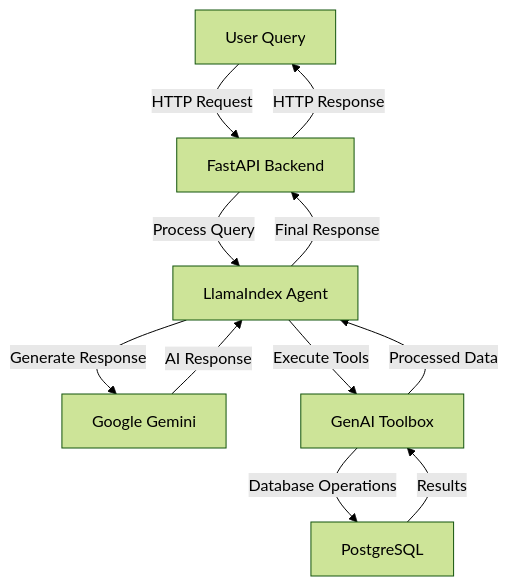
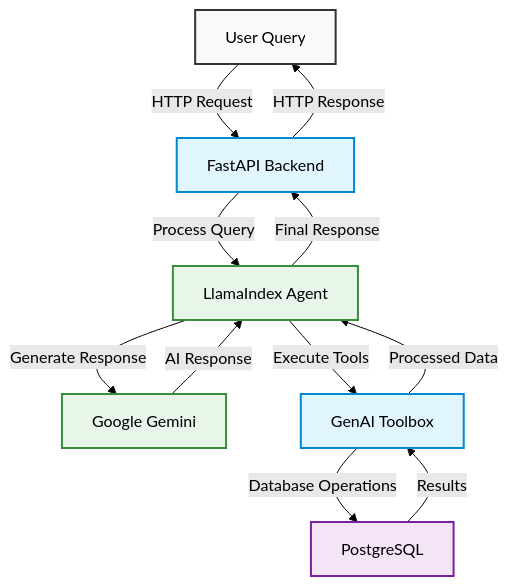
Before and after one commit to arjunprabhulal/gemini-toolbox-dvd-rental-assistant: the diagram in README.md, drawn with Mermaid (forest theme). The commit also changed other lines of this file and 1 other file, not shown here.

Commit message:
docs: Enhanced README with detailed technical documentation, accurate API endpoints, and improved architecture diagrams

````diff
--- a/README.md
+++ b/README.md
@@ -67,13 +69,28 @@
 ```mermaid
 graph TD
-    A[User Query] -->|HTTP Request| B[FastAPI Backend]
-    B -->|Process Query| C[LlamaIndex Agent]
-    C -->|Generate Response| D[Google Gemini]
-    C -->|Execute Tools| E[GenAI Toolbox]
-    E -->|Database Operations| F[PostgreSQL]
+    %% Styling
+    classDef default fill:#f9f9f9,stroke:#333,stroke-width:2px;
+    classDef service fill:#e1f5fe,stroke:#0288d1,stroke-width:2px;
+    classDef database fill:#f3e5f5,stroke:#7b1fa2,stroke-width:2px;
+    classDef ai fill:#e8f5e9,stroke:#388e3c,stroke-width:2px;
+    
+    %% Nodes
+    A[User Query]:::default
+    B[FastAPI Backend]:::service
+    C[LlamaIndex Agent]:::ai
+    D[Google Gemini]:::ai
+    E[GenAI Toolbox]:::service
+    F[PostgreSQL]:::database
+    
+    %% Connections with proper spacing
+    A -->|HTTP Request| B
+    B -->|Process Query| C
+    C -->|Generate Response| D
+    C -->|Execute Tools| E
+    E -->|Database Operations| F
     F -->|Results| E
     E -->|Processed Data| C
     D -->|AI Response| C
     C -->|Final Response| B
     B -->|HTTP Response| A
 ```
````
